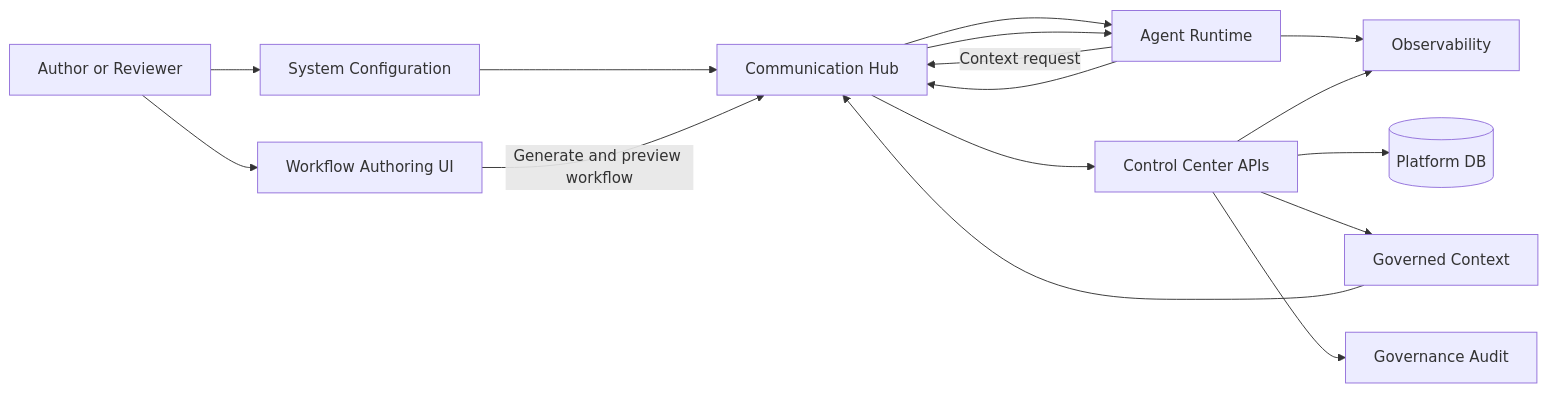
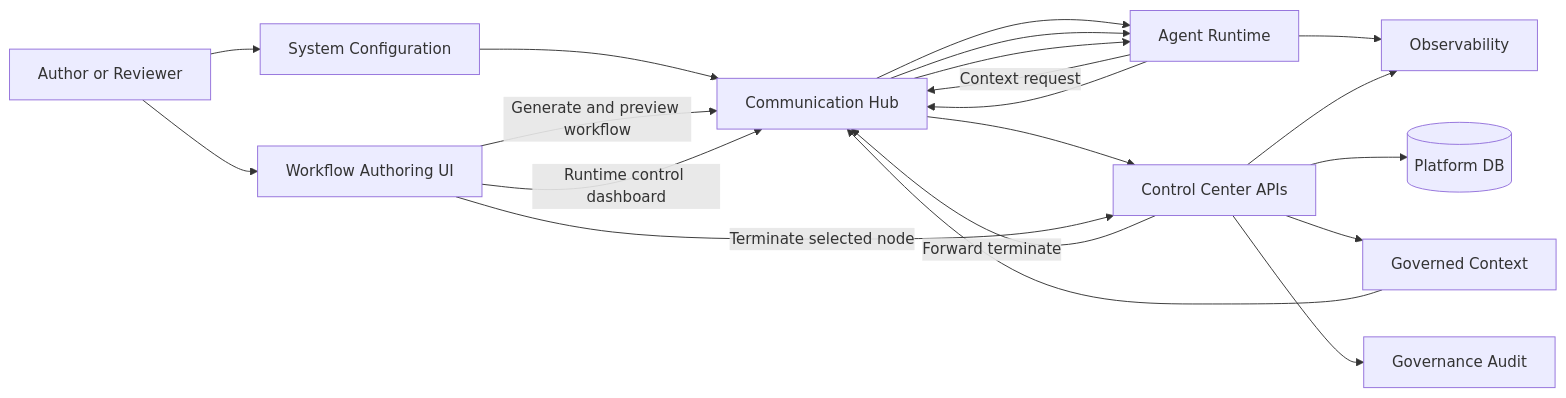
Before and after one commit to hurungang/parthenon: the first of 2 diagrams in docs/master/architecture/system-overview.md, drawn with Mermaid. The commit also changed 33 other files, not shown here.

````diff
--- a/docs/master/architecture/system-overview.md
+++ b/docs/master/architecture/system-overview.md
@@ -3,29 +3,33 @@
 ```mermaid
 flowchart LR
     AU[Author or Reviewer]
     UI[Workflow Authoring UI]
     CFG[System Configuration]
     CH[Communication Hub]
     AR[Agent Runtime]
     CCA[Control Center APIs]
     CCTX[Governed Context]
     DB[(Platform DB)]
     OBS[Observability]
     AUD[Governance Audit]
 
     AU --> UI
     AU --> CFG
     CFG --> CH
     UI -->|Generate and preview workflow| CH
+    UI -->|Runtime control dashboard| CH
     CH --> AR
     AR -->|Context request| CH
     CH --> CCA
     CCA --> DB
     CCA --> CCTX
     CCTX --> CH
     CH --> AR
     AR --> CH
     AR --> OBS
     CCA --> OBS
     CCA --> AUD
+    UI -->|Terminate selected node| CCA
+    CCA -->|Forward terminate| CH
+    CH --> AR
 ```
````
